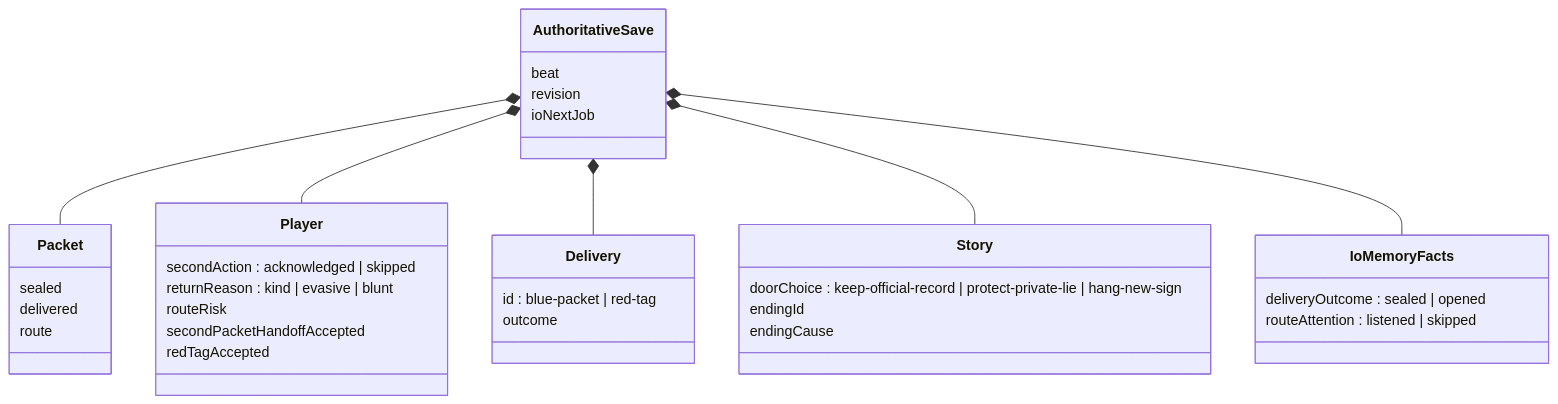
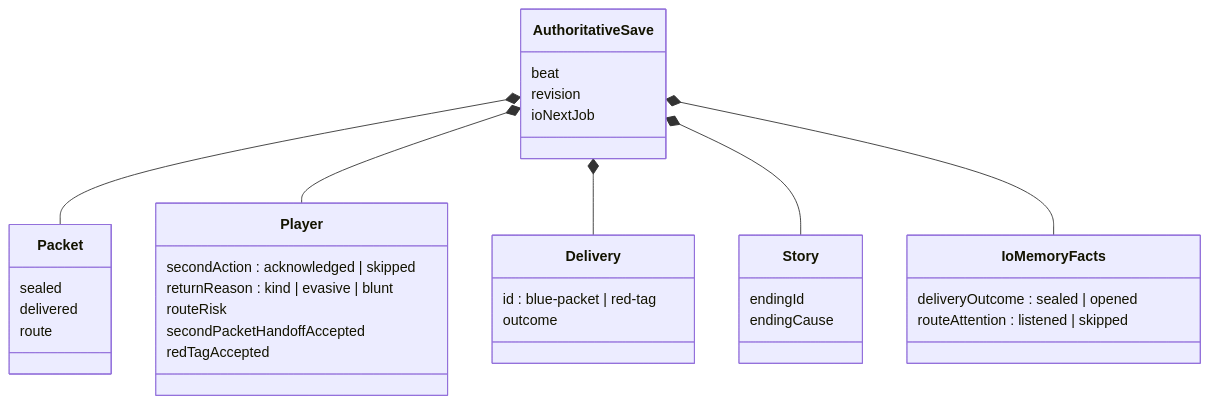
Before and after one commit to phynars/oodim-game: the fourth of 6 diagrams in docs/plan/architecture/README.md, drawn with Mermaid. The commit also changed other lines of this file and 1 other file, not shown here.

````diff
--- a/docs/plan/architecture/README.md
+++ b/docs/plan/architecture/README.md
@@ -223,38 +218,37 @@
 ```mermaid
 classDiagram
   class AuthoritativeSave {
     beat
     revision
     ioNextJob
   }
   class Packet {
     sealed
     delivered
     route
   }
   class Player {
     secondAction : acknowledged | skipped
     returnReason : kind | evasive | blunt
     routeRisk
     secondPacketHandoffAccepted
     redTagAccepted
   }
   class Delivery {
     id : blue-packet | red-tag
     outcome
   }
   class Story {
-    doorChoice : keep-official-record | protect-private-lie | hang-new-sign
     endingId
     endingCause
   }
   class IoMemoryFacts {
     deliveryOutcome : sealed | opened
     routeAttention : listened | skipped
   }
   AuthoritativeSave *-- Packet
   AuthoritativeSave *-- Player
   AuthoritativeSave *-- Delivery
   AuthoritativeSave *-- Story
   AuthoritativeSave *-- IoMemoryFacts
 ```
````
